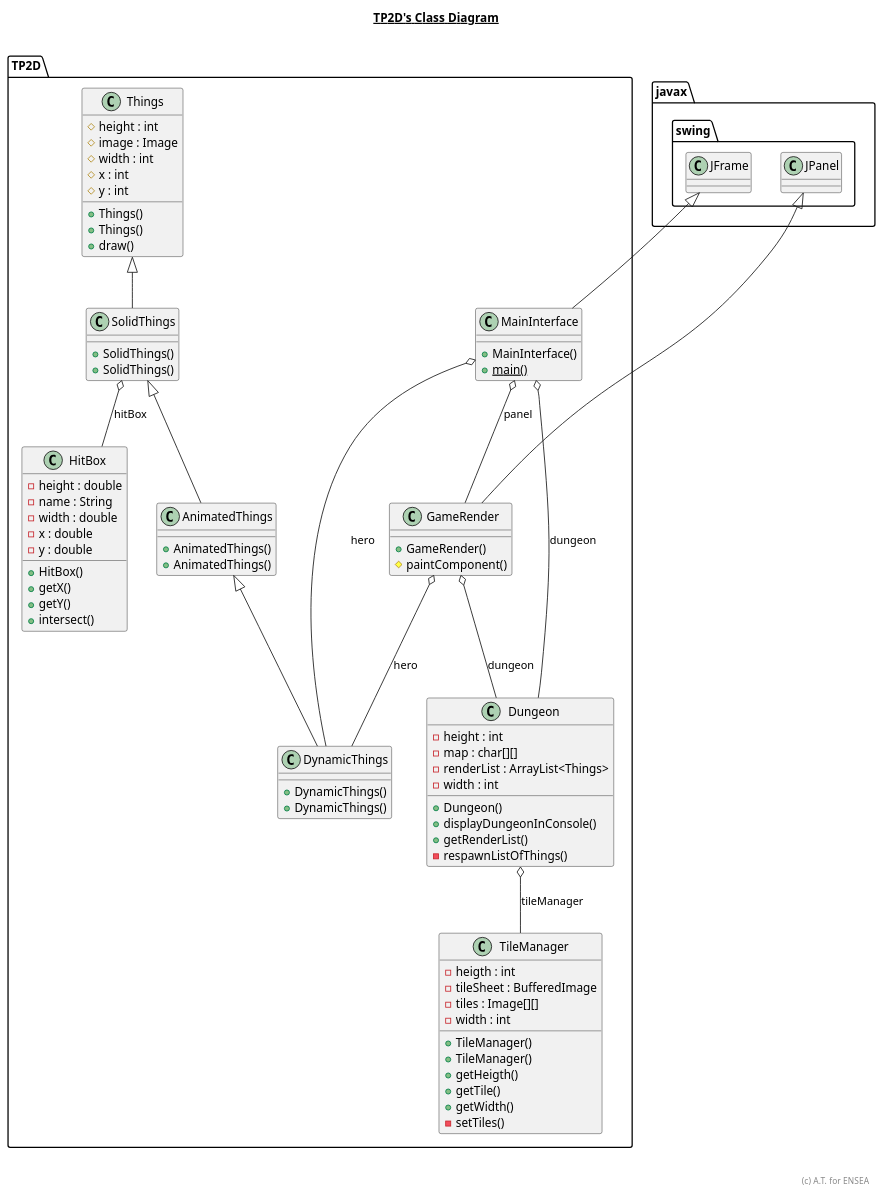
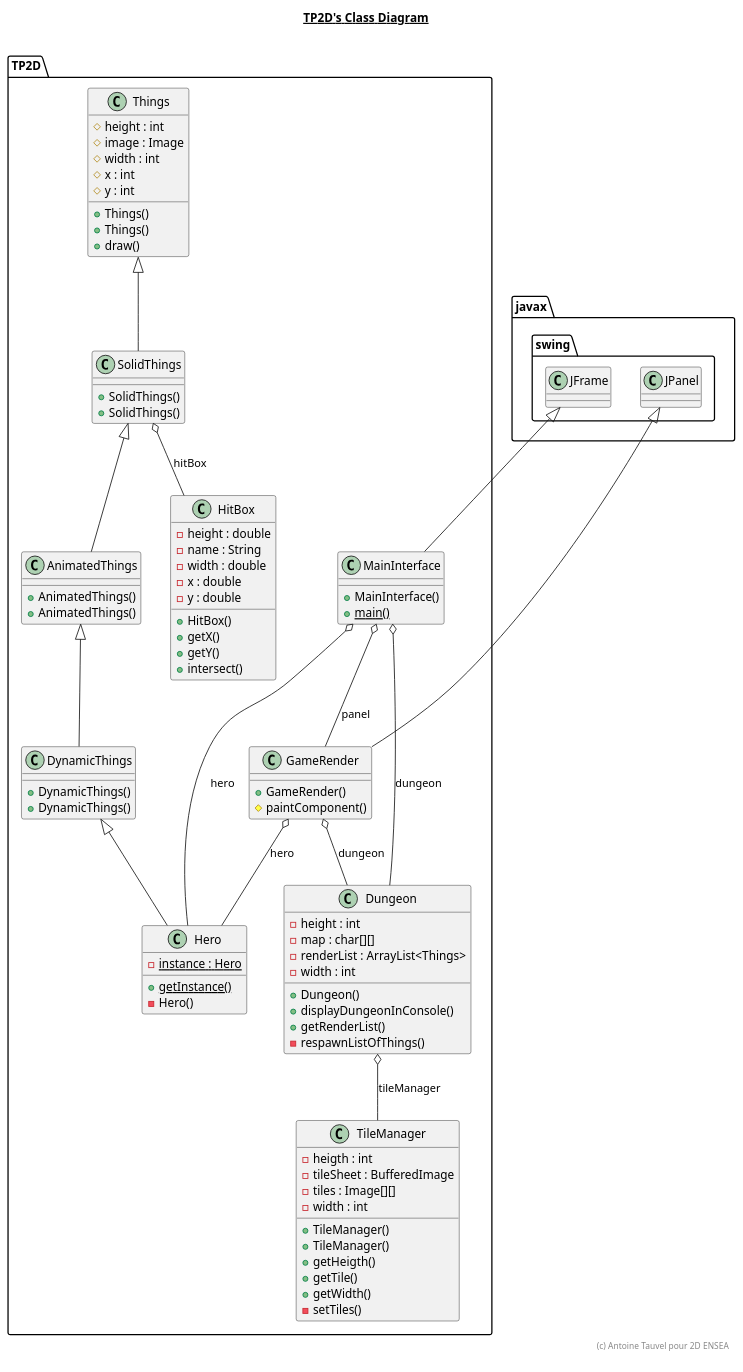
Before and after one commit to antoineTauvelENSEA/Whatever2D: the diagram in src/TP2D/TP2D.plantuml, drawn with PlantUML. The commit also changed 4 other files, not shown here.

```diff
--- a/src/TP2D/TP2D.plantuml
+++ b/src/TP2D/TP2D.plantuml
@@ -1,126 +1,152 @@
 @startuml
 
 title __TP2D's Class Diagram__\n
+
 
     namespace TP2D {
       class TP2D.AnimatedThings {
           + AnimatedThings()
           + AnimatedThings()
       }
     }
 
   
+
 
     namespace TP2D {
       class TP2D.Dungeon {
           - height : int
           - map : char[][]
           - renderList : ArrayList<Things>
           - width : int
           + Dungeon()
           + displayDungeonInConsole()
           + getRenderList()
           - respawnListOfThings()
       }
     }
 
   
 
+
     namespace TP2D {
       class TP2D.DynamicThings {
           + DynamicThings()
           + DynamicThings()
       }
     }
+
   
+
 
     namespace TP2D {
       class TP2D.GameRender {
           + GameRender()
           # paintComponent()
       }
     }
+
+  
+
+
+    namespace TP2D {
+      class TP2D.Hero {
+          {static} - instance : Hero
+          {static} + getInstance()
+          - Hero()
+      }
+    }
+
   
 
     namespace TP2D {
       class TP2D.HitBox {
           - height : double
           - name : String
           - width : double
           - x : double
           - y : double
           + HitBox()
           + getX()
           + getY()
           + intersect()
       }
     }
+
   
+
 
     namespace TP2D {
       class TP2D.MainInterface {
           + MainInterface()
           {static} + main()
       }
     }
+
   
+
 
     namespace TP2D {
       class TP2D.SolidThings {
           + SolidThings()
           + SolidThings()
       }
     }
+
   
+
 
     namespace TP2D {
       class TP2D.Things {
           # height : int
           # image : Image
           # width : int
           # x : int
           # y : int
           + Things()
           + Things()
           + draw()
       }
     }
+
   
+
 
     namespace TP2D {
       class TP2D.TileManager {
           - heigth : int
           - tileSheet : BufferedImage
           - tiles : Image[][]
           - width : int
           + TileManager()
           + TileManager()
           + getHeigth()
           + getTile()
           + getWidth()
           - setTiles()
       }
     }
+
   
 
   TP2D.AnimatedThings -up-|> TP2D.SolidThings
   TP2D.Dungeon o-- TP2D.TileManager : tileManager
   TP2D.DynamicThings -up-|> TP2D.AnimatedThings
   TP2D.GameRender -up-|> javax.swing.JPanel
   TP2D.GameRender o-- TP2D.Dungeon : dungeon
-  TP2D.GameRender o-- TP2D.DynamicThings : hero
+  TP2D.GameRender o-- TP2D.Hero : hero
+  TP2D.Hero -up-|> TP2D.DynamicThings
   TP2D.MainInterface -up-|> javax.swing.JFrame
   TP2D.MainInterface o-- TP2D.Dungeon : dungeon
-  TP2D.MainInterface o-- TP2D.DynamicThings : hero
+  TP2D.MainInterface o-- TP2D.Hero : hero
   TP2D.MainInterface o-- TP2D.GameRender : panel
   TP2D.SolidThings -up-|> TP2D.Things
   TP2D.SolidThings o-- TP2D.HitBox : hitBox
 
 
 right footer
+(c) Antoine Tauvel pour 2D ENSEA
 
-
-(c) A.T. for ENSEA
 endfooter
 
 @enduml
```
